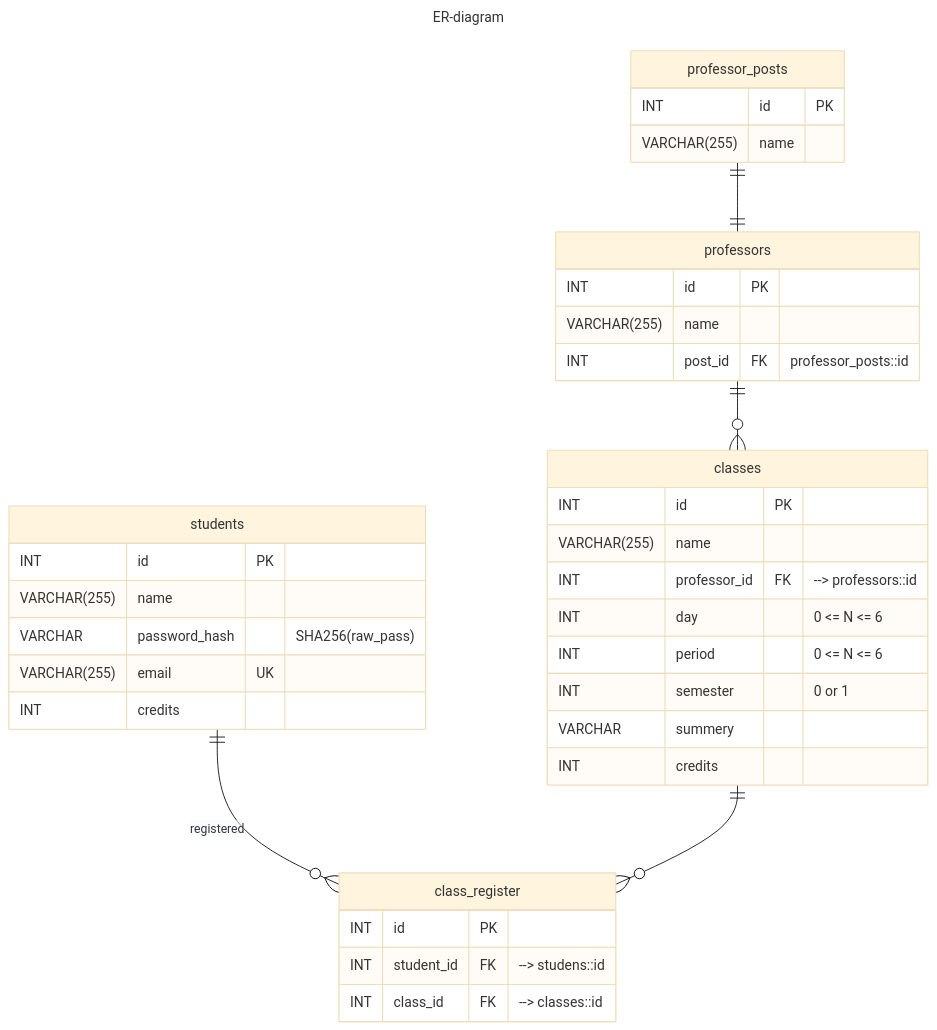
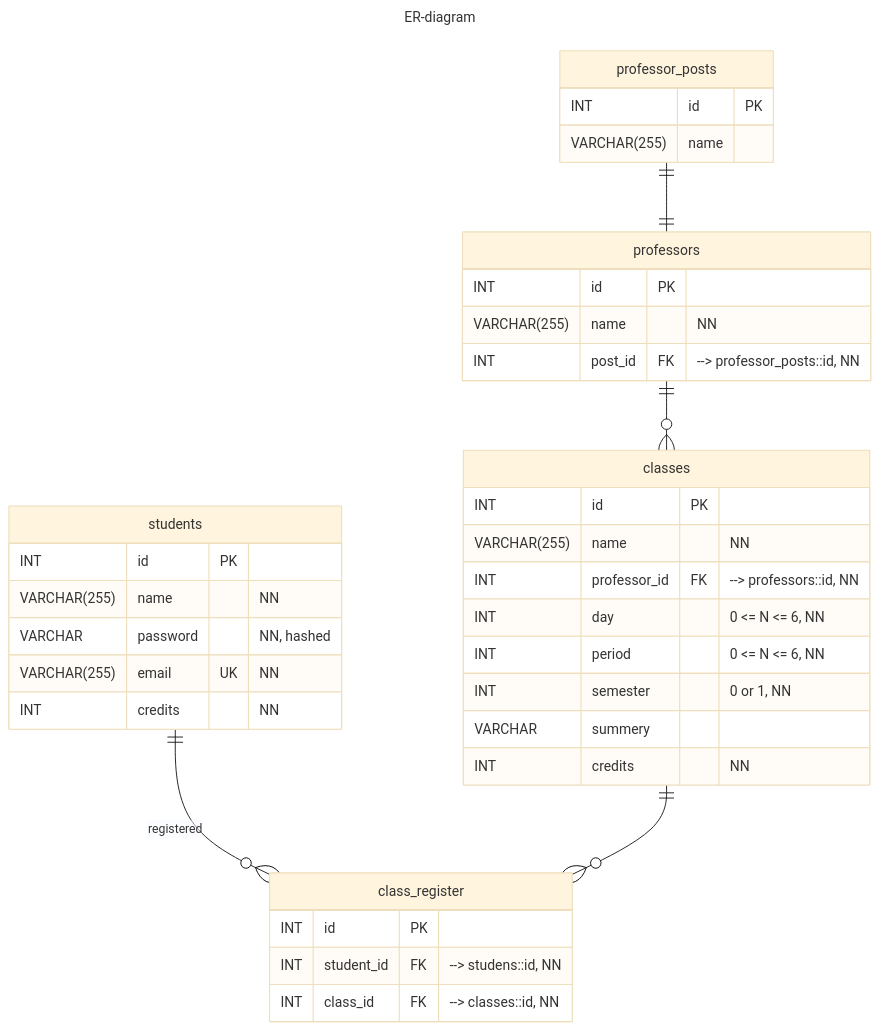
The diagram in docs/ER.md (oda251/MockCourseRegistrationSite), drawn with Mermaid (base theme) before and after one commit. The commit also changed 4617 other files, not shown here.

````diff
--- a/docs/ER.md
+++ b/docs/ER.md
@@ -1,41 +1,41 @@
 ```mermaid
 ---
 title: ER-diagram
 ---
 erDiagram
 	professor_posts {
 		INT id PK
 		VARCHAR(255) name
 	}
 	professors {
 		INT id PK
-		VARCHAR(255) name
-		INT post_id FK "professor_posts::id"
+		VARCHAR(255) name "NN"
+		INT post_id FK "--> professor_posts::id, NN"
 	}
 	students {
 		INT id PK
-		VARCHAR(255) name
-		VARCHAR password_hash "SHA256(raw_pass)"
-		VARCHAR(255) email UK
-		INT credits
+		VARCHAR(255) name "NN"
+		VARCHAR password "NN, hashed"
+		VARCHAR(255) email UK "NN"
+		INT credits "NN"
 	}
 	classes {
 		INT id PK
-		VARCHAR(255) name
-		INT professor_id FK "--> professors::id"
-		INT day "0 <= N <= 6"
-		INT period "0 <= N <= 6"
-		INT semester "0 or 1"
+		VARCHAR(255) name "NN"
+		INT professor_id FK "--> professors::id, NN"
+		INT day "0 <= N <= 6, NN"
+		INT period "0 <= N <= 6, NN"
+		INT semester "0 or 1, NN"
 		VARCHAR summery
-		INT credits
+		INT credits "NN"
 	}
 	class_register {
 		INT id PK
-		INT student_id FK "--> studens::id"
-		INT class_id FK "--> classes::id"
+		INT student_id FK "--> studens::id, NN"
+		INT class_id FK "--> classes::id, NN"
 	}
 	professor_posts ||--|| professors : ""
 	professors ||--o{ classes : ""
 	students ||--o{ class_register : "registered"
 	classes ||--o{ class_register : ""
 ```
````
